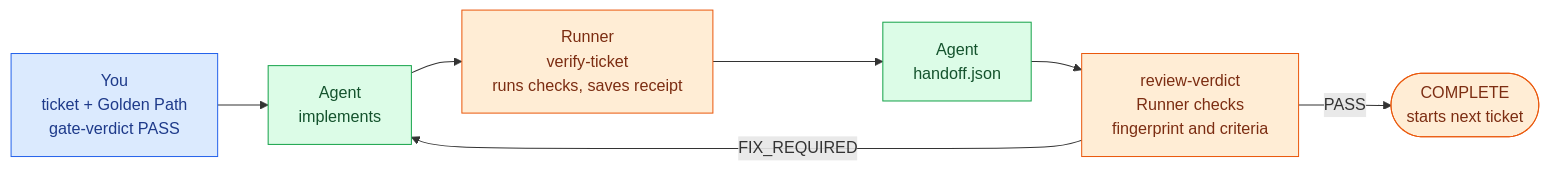
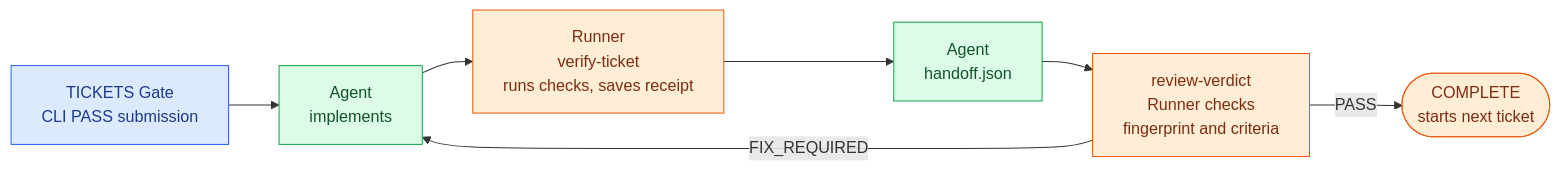
Before and after one commit to weiwei-alvin/Coding-Audit-Harness: the diagram in README.en.md, drawn with Mermaid. The commit also changed other lines of this file and 3 other files, not shown here.

````diff
--- a/README.en.md
+++ b/README.en.md
@@ -86,16 +86,16 @@
 ```mermaid
 flowchart LR
-    A["You<br/>ticket + Golden Path<br/>gate-verdict PASS"]:::op
+    A["TICKETS Gate<br/>CLI PASS submission"]:::op
     B["Agent<br/>implements"]:::agent
     C["Runner<br/>verify-ticket<br/>runs checks, saves receipt"]:::runner
     D["Agent<br/>handoff.json"]:::agent
     E["review-verdict<br/>Runner checks<br/>fingerprint and criteria"]:::runner
     F(["COMPLETE<br/>starts next ticket"]):::runner
     A --> B --> C --> D --> E
     E -->|PASS| F
     E -->|FIX_REQUIRED| B
 
     classDef op fill:#dbeafe,stroke:#2563eb,color:#1e3a8a
     classDef agent fill:#dcfce7,stroke:#16a34a,color:#14532d
     classDef runner fill:#ffedd5,stroke:#ea580c,color:#7c2d12
 ```
````
